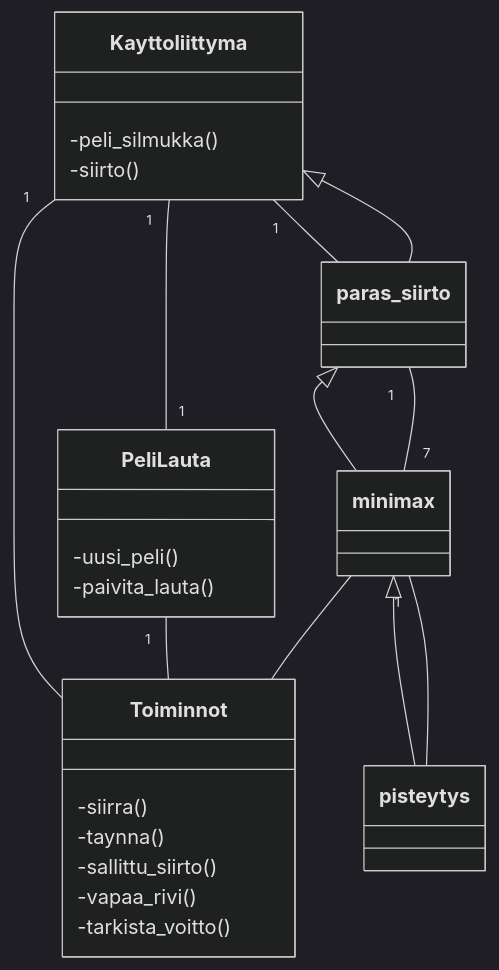
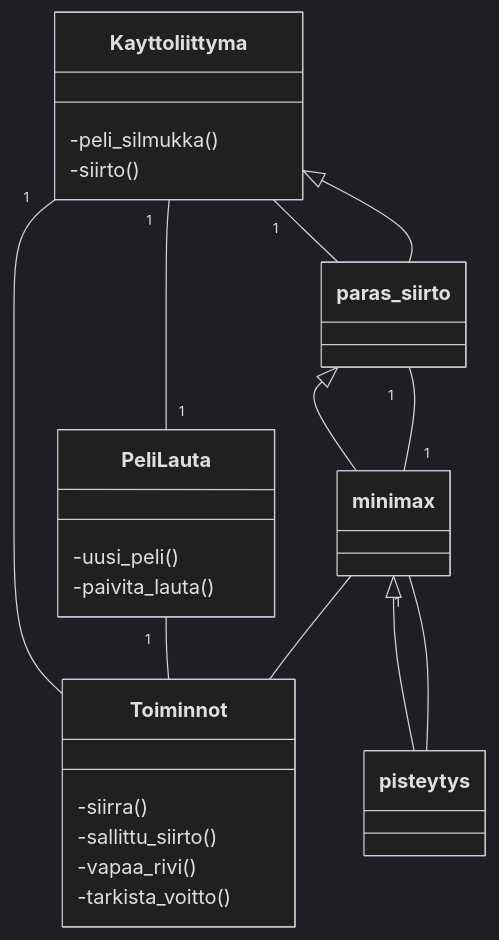
Before and after one commit to emlyy/tiralabra: the diagram in dokumentaatio/toteutusdokumentti.md, drawn with Mermaid (dark theme). The commit also changed other lines of this file and 2 other files, not shown here.

````diff
--- a/dokumentaatio/toteutusdokumentti.md
+++ b/dokumentaatio/toteutusdokumentti.md
@@ -6,31 +6,30 @@
 ```mermaid
 classDiagram
     Kayttoliittyma "1" -- "1" PeliLauta
     Kayttoliittyma "1" -- Toiminnot
     PeliLauta "1" -- Toiminnot
     Kayttoliittyma "1" -- paras_siirto
     Kayttoliittyma <|-- paras_siirto
     paras_siirto <|-- minimax
-    minimax "7" -- "1" paras_siirto
+    minimax "1" -- "1" paras_siirto
     minimax <|-- pisteytys
     minimax "1" -- pisteytys
     minimax -- Toiminnot
 
     class Kayttoliittyma {
         -peli_silmukka()
         -siirto()
     }
 
     class PeliLauta {
         -uusi_peli()
         -paivita_lauta()
     }
 
     class Toiminnot {
         -siirra()
-        -taynna()
         -sallittu_siirto()
         -vapaa_rivi()
         -tarkista_voitto()
     }
 ```
````
